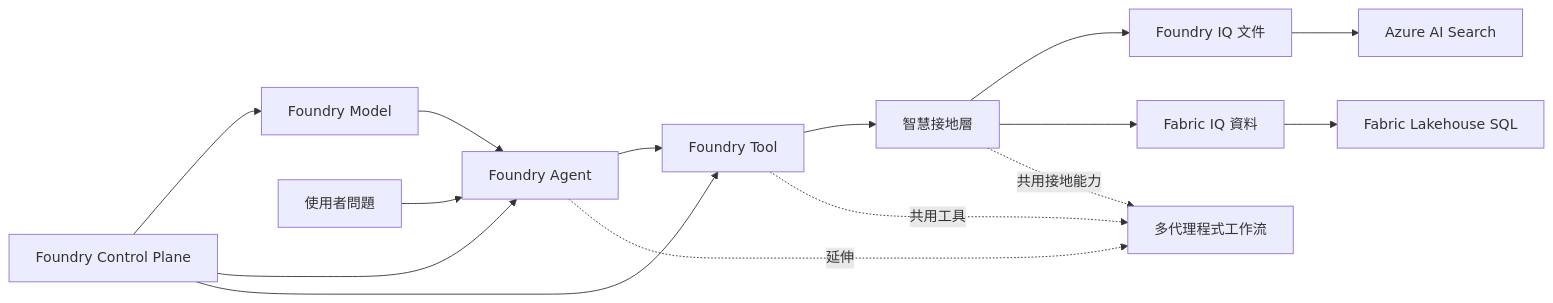
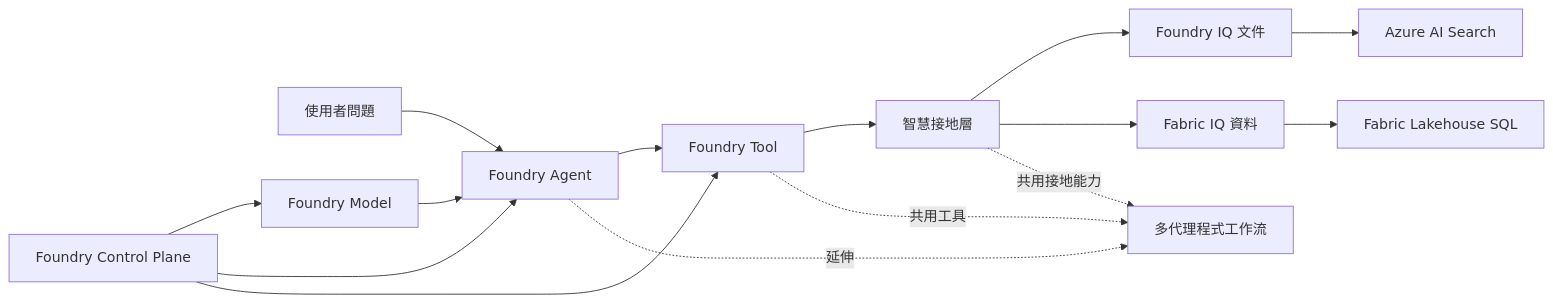
The diagram in workshop/docs/03-understand/index.md (payton-chou-ms/e2e-ms-foundry-workshop), drawn with Mermaid before and after one commit. The commit also changed other lines of this file and 32 other files, not shown here.

````diff
--- a/workshop/docs/03-understand/index.md
+++ b/workshop/docs/03-understand/index.md
@@ -22,17 +24,17 @@
 ```mermaid
 flowchart LR
+    U[使用者問題] --> A[Foundry Agent]
     C[Foundry Control Plane] --> M[Foundry Model]
-    C --> A[Foundry Agent]
+    C --> A
     C --> T[Foundry Tool]
     M --> A
     A --> T
     T --> IQ[智慧接地層]
     IQ --> FIQ[Foundry IQ 文件]
     IQ --> DB[Fabric IQ 資料]
     FIQ --> S[Azure AI Search]
     DB --> L[Fabric Lakehouse SQL]
     A -. 延伸 .-> MA[多代理程式工作流]
     T -. 共用工具 .-> MA
     IQ -. 共用接地能力 .-> MA
-    U[使用者問題] --> A
 ```
````
